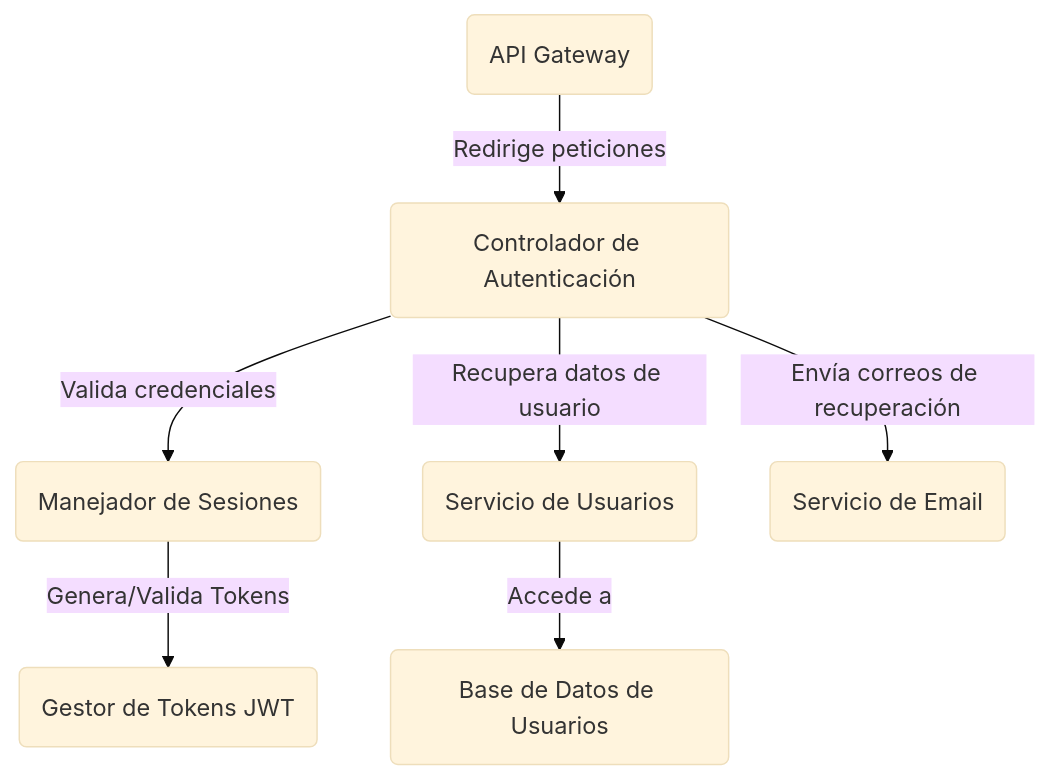
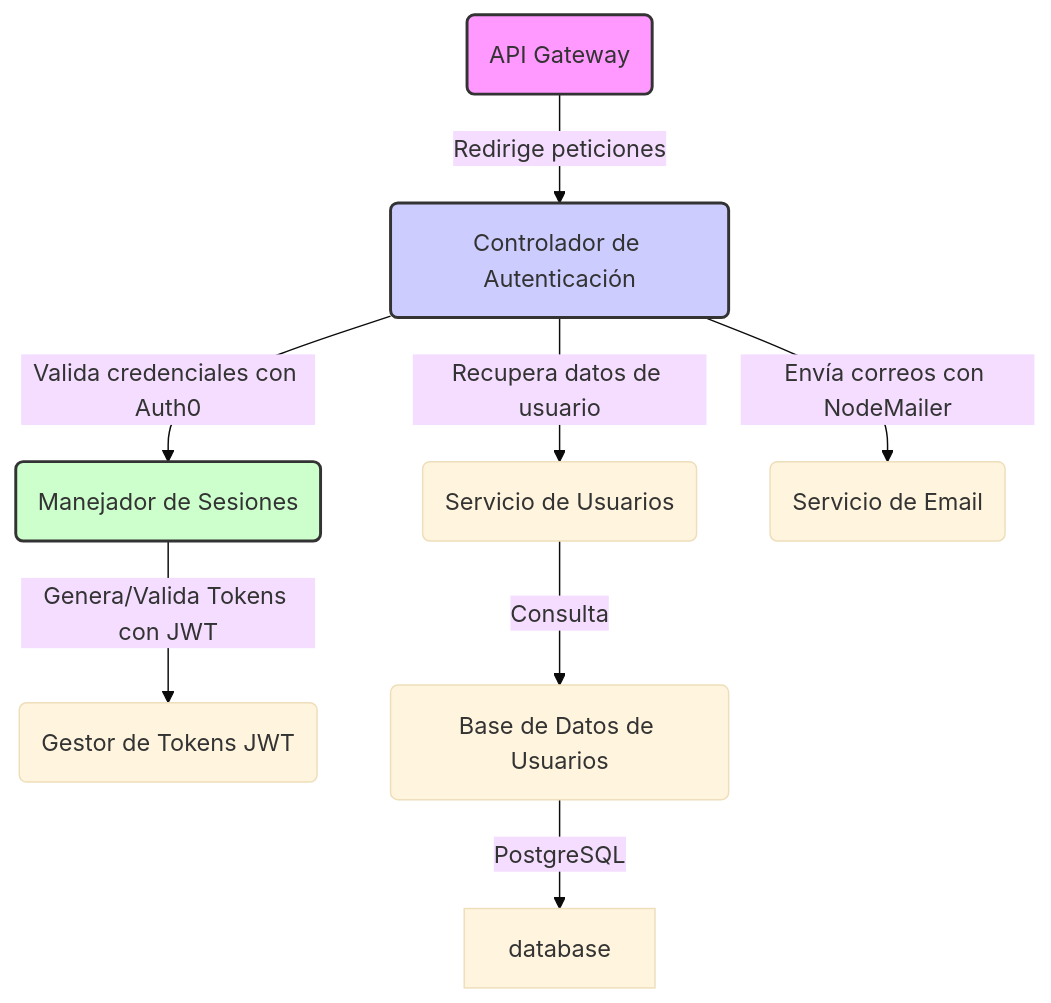
Before and after one commit to javiTorresDev/AI4Devs-design: the fourth of 4 diagrams in lti/LTI-NVM/lti.md, drawn with Mermaid (base theme). The commit also changed other lines of this file and 1 other file, not shown here.

````diff
--- a/lti/LTI-NVM/lti.md
+++ b/lti/LTI-NVM/lti.md
@@ -119,16 +308,22 @@
 ```mermaid
+
 graph TD
     gateway(API Gateway)
     authController(Controlador de Autenticación)
     sessionManager(Manejador de Sesiones)
     userService(Servicio de Usuarios)
     tokenManager(Gestor de Tokens JWT)
     userDB(Base de Datos de Usuarios)
     emailService(Servicio de Email)
     gateway -->|Redirige peticiones| authController
-    authController -->|Valida credenciales| sessionManager
+    authController -->|Valida credenciales con Auth0| sessionManager
     authController -->|Recupera datos de usuario| userService
-    sessionManager -->|Genera/Valida Tokens| tokenManager
-    userService -->|Accede a| userDB
-    authController -->|Envía correos de recuperación| emailService
+    sessionManager -->|Genera/Valida Tokens con JWT| tokenManager
+    userService -->|Consulta| userDB
+    userDB -->|PostgreSQL| database
+    authController -->|Envía correos con NodeMailer| emailService
+
+    style gateway fill:#f9f,stroke:#333,stroke-width:2px
+    style authController fill:#ccf,stroke:#333,stroke-width:2px
+    style sessionManager fill:#cfc,stroke:#333,stroke-width:2px
 ```
````
